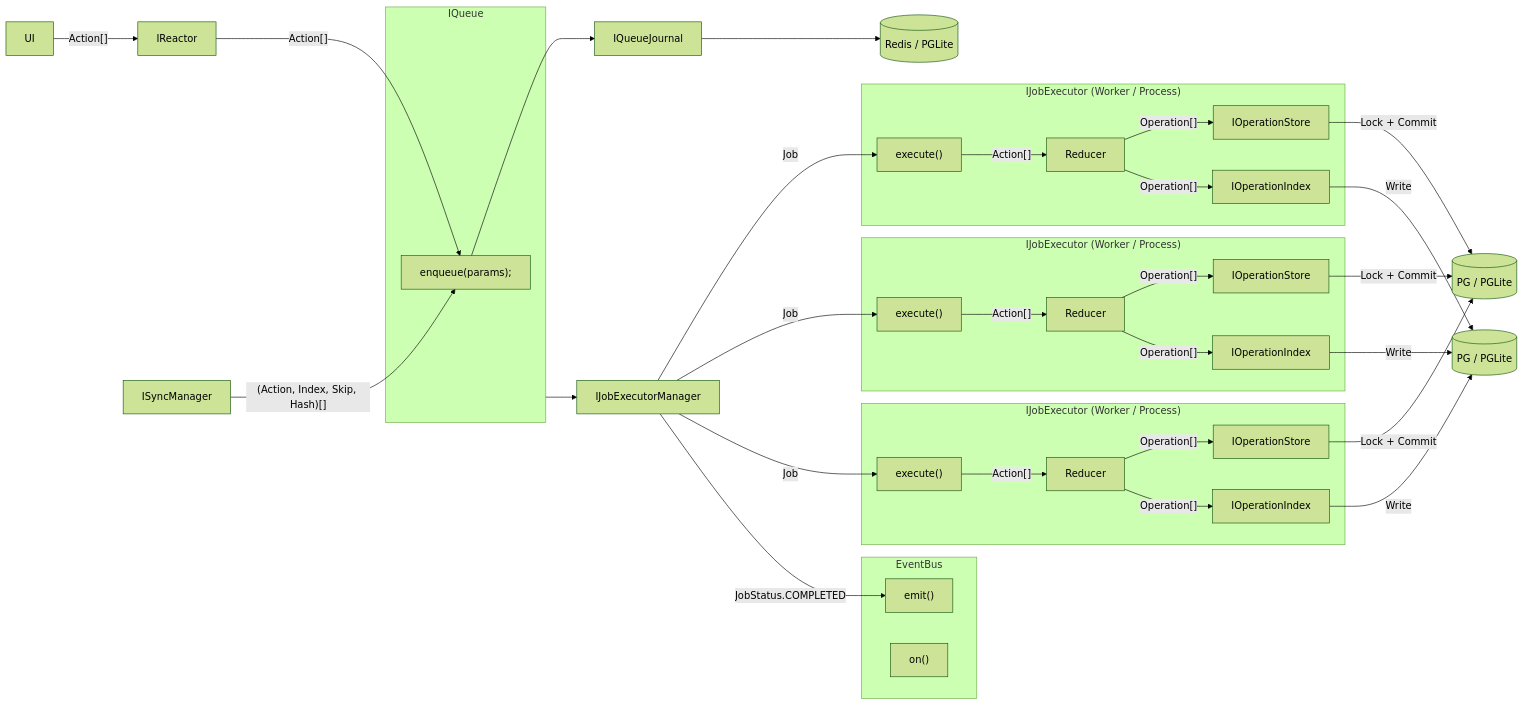
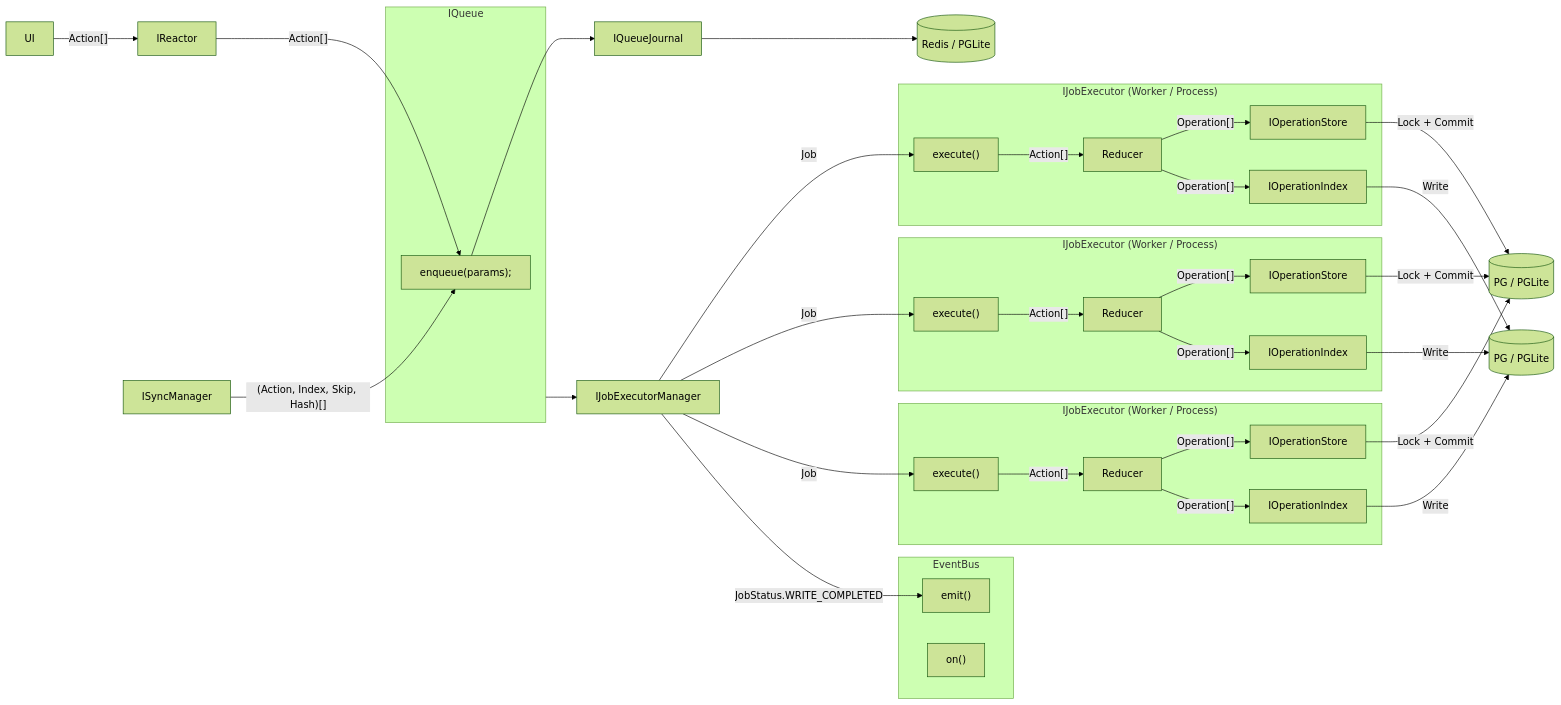
The first of 2 diagrams in packages/reactor/docs/planning/Cache/operation-index.md (powerhouse-inc/powerhouse), drawn with Mermaid (forest theme) before and after one commit. The commit also changed other lines of this file and 27 other files, not shown here.

````diff
--- a/packages/reactor/docs/planning/Cache/operation-index.md
+++ b/packages/reactor/docs/planning/Cache/operation-index.md
@@ -121,51 +121,51 @@
 ```mermaid
 flowchart LR
   UI -->|"Action[]"| IReactor -->|"Action[]"| Queue
   IQueue --> IJobExecutorManager -->|"Job"| JAJ
 
   IJobExecutorManager -->|"Job"| JBJ
   IJobExecutorManager -->|"Job"| JCJ
 
   ISyncManager -->|"(Action, Index, Skip, Hash)[]"| Queue
   Queue --> IQueueJournal --> QDB[(Redis / PGLite)]
 
-  IJobExecutorManager -->|"JobStatus.COMPLETED"| Emit
+  IJobExecutorManager -->|"JobStatus.WRITE_COMPLETED"| Emit
 
   subgraph JA["IJobExecutor (Worker / Process)"]
     JAJ["execute()"]
     JAJ -->|"Action[]"| JAR["Reducer"]
     JAR -->|"Operation[]"| JAO["IOperationStore"]
     JAR -->|"Operation[]"| JAW["IOperationIndex"]
   end
 
   subgraph JB["IJobExecutor (Worker / Process)"]
     JBJ["execute()"]
     JBJ -->|"Action[]"| JBR["Reducer"]
     JBR -->|"Operation[]"| JBO["IOperationStore"]
     JBR -->|"Operation[]"| JBW["IOperationIndex"]
   end
 
   subgraph JC["IJobExecutor (Worker / Process)"]
     JCJ["execute()"]
     JCJ -->|"Action[]"| JCR["Reducer"]
     JCR -->|"Operation[]"| JCO["IOperationStore"]
     JCR -->|"Operation[]"| JCW["IOperationIndex"]
   end
 
   JAO -->|"Lock + Commit"| DB[(PG / PGLite)]
   JBO -->|"Lock + Commit"| DB
   JCO -->|"Lock + Commit"| DB
 
   JAW -->|"Write"| DBW[(PG / PGLite)]
   JBW -->|"Write"| DBW
   JCW -->|"Write"| DBW
 
   subgraph IQueue
     Queue["enqueue(params);"]
   end
 
   subgraph EventBus
     On["on()"]
     Emit["emit()"]
   end
 ```
````
